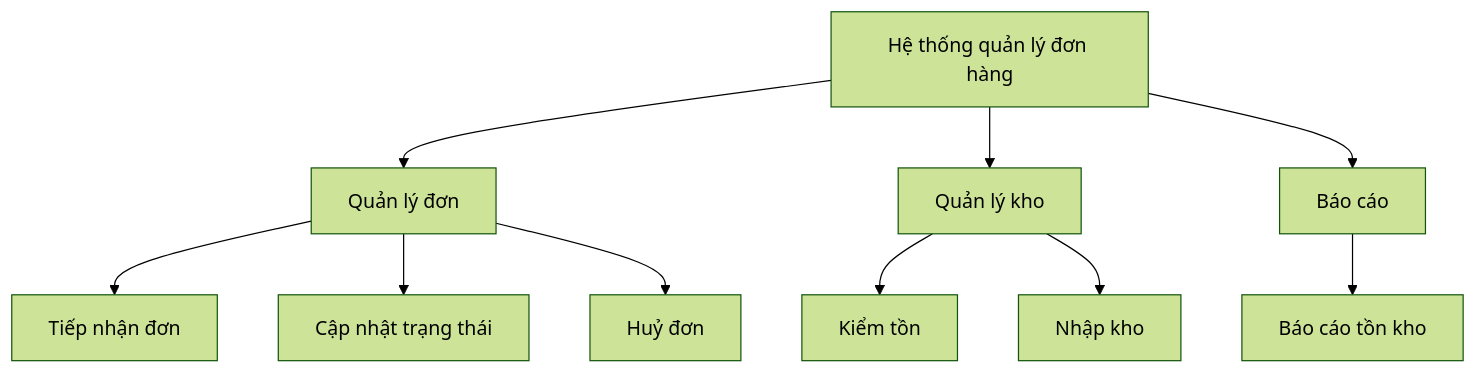
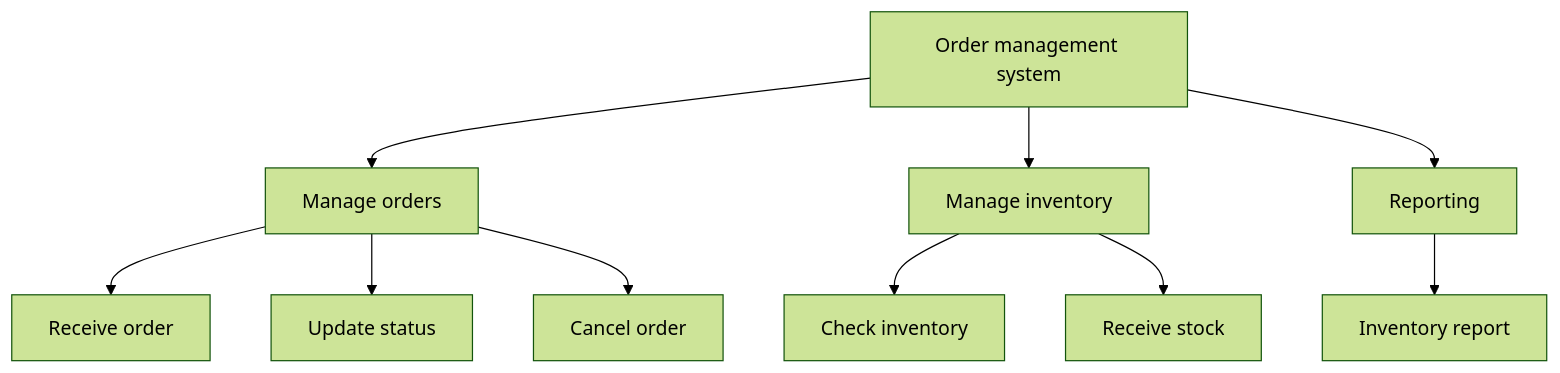
One commit to edwintruong/skills changed the second of 3 diagrams in references/1.1-problem-survey.md. Above: the diagram before and after it, drawn with Mermaid (forest theme). The commit also changed other lines of this file and 25 other files, not shown here.

````diff
--- a/references/1.1-problem-survey.md
+++ b/references/1.1-problem-survey.md
@@ -197,13 +197,13 @@
 ```mermaid
 flowchart TD
-    root[Hệ thống quản lý đơn hàng]
-    root --> g1[Quản lý đơn]
-    root --> g2[Quản lý kho]
-    root --> g3[Báo cáo]
-    g1 --> f1[Tiếp nhận đơn]
-    g1 --> f2[Cập nhật trạng thái]
-    g1 --> f3[Huỷ đơn]
-    g2 --> f4[Kiểm tồn]
-    g2 --> f5[Nhập kho]
-    g3 --> f6[Báo cáo tồn kho]
+    root[Order management system]
+    root --> g1[Manage orders]
+    root --> g2[Manage inventory]
+    root --> g3[Reporting]
+    g1 --> f1[Receive order]
+    g1 --> f2[Update status]
+    g1 --> f3[Cancel order]
+    g2 --> f4[Check inventory]
+    g2 --> f5[Receive stock]
+    g3 --> f6[Inventory report]
 ```
````
